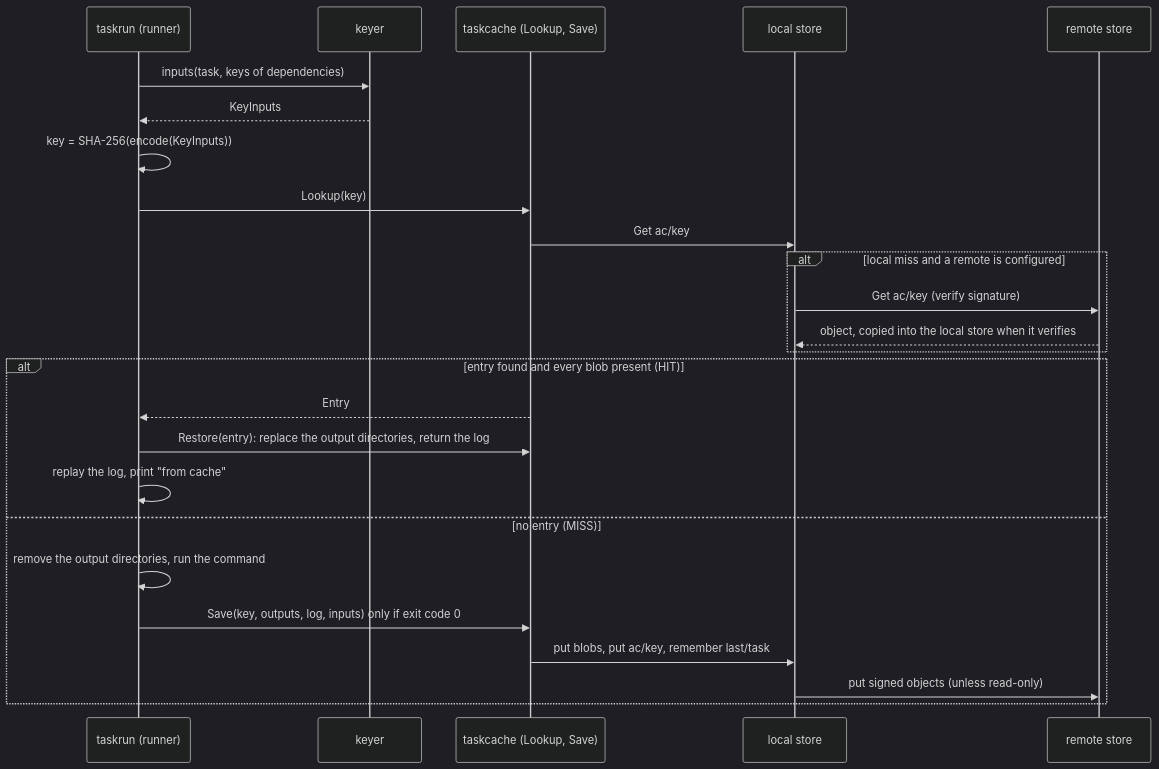
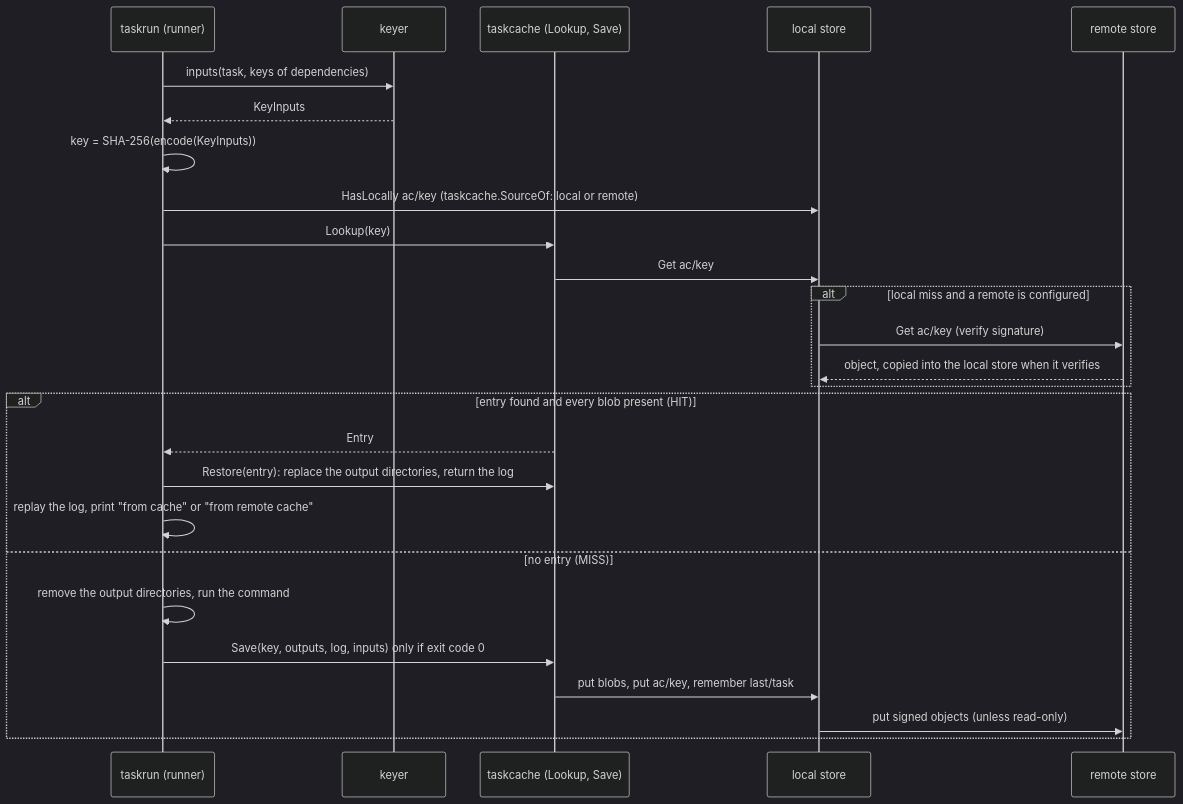
The first of 3 diagrams in docs/architecture/cache.md (monosmith-app/monosmith), drawn with Mermaid (dark theme) before and after one commit. The commit also changed other lines of this file and 15 other files, not shown here.

First line of the commit message:
docs(cache): document the remote hit label, smith cache push and the remote state in the shell

````diff
--- a/docs/architecture/cache.md
+++ b/docs/architecture/cache.md
@@ -21,27 +21,28 @@
 ```mermaid
 sequenceDiagram
   participant R as taskrun (runner)
   participant K as keyer
   participant C as taskcache (Lookup, Save)
   participant L as local store
   participant X as remote store
   R->>K: inputs(task, keys of dependencies)
   K-->>R: KeyInputs
   R->>R: key = SHA-256(encode(KeyInputs))
+  R->>L: HasLocally ac/key (taskcache.SourceOf: local or remote)
   R->>C: Lookup(key)
   C->>L: Get ac/key
   alt local miss and a remote is configured
     L->>X: Get ac/key (verify signature)
     X-->>L: object, copied into the local store when it verifies
   end
   alt entry found and every blob present (HIT)
     C-->>R: Entry
     R->>C: Restore(entry): replace the output directories, return the log
-    R->>R: replay the log, print "from cache"
+    R->>R: replay the log, print "from cache" or "from remote cache"
   else no entry (MISS)
     R->>R: remove the output directories, run the command
     R->>C: Save(key, outputs, log, inputs) only if exit code 0
     C->>L: put blobs, put ac/key, remember last/task
     L->>X: put signed objects (unless read-only)
   end
 ```
````
